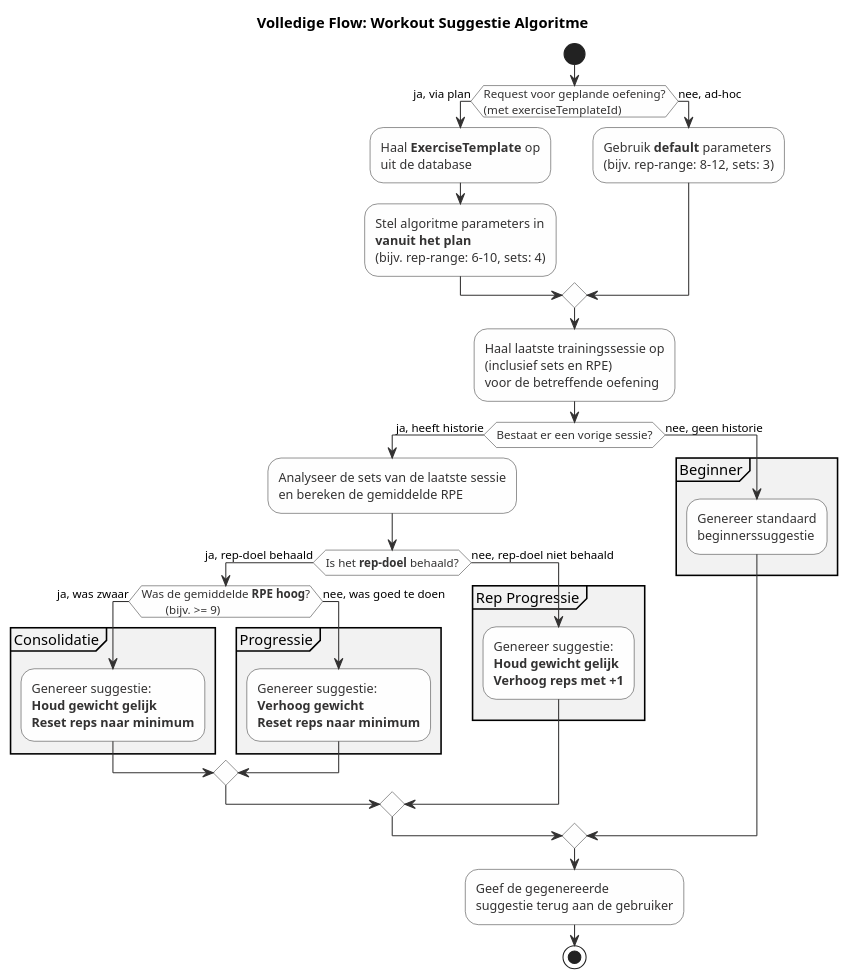
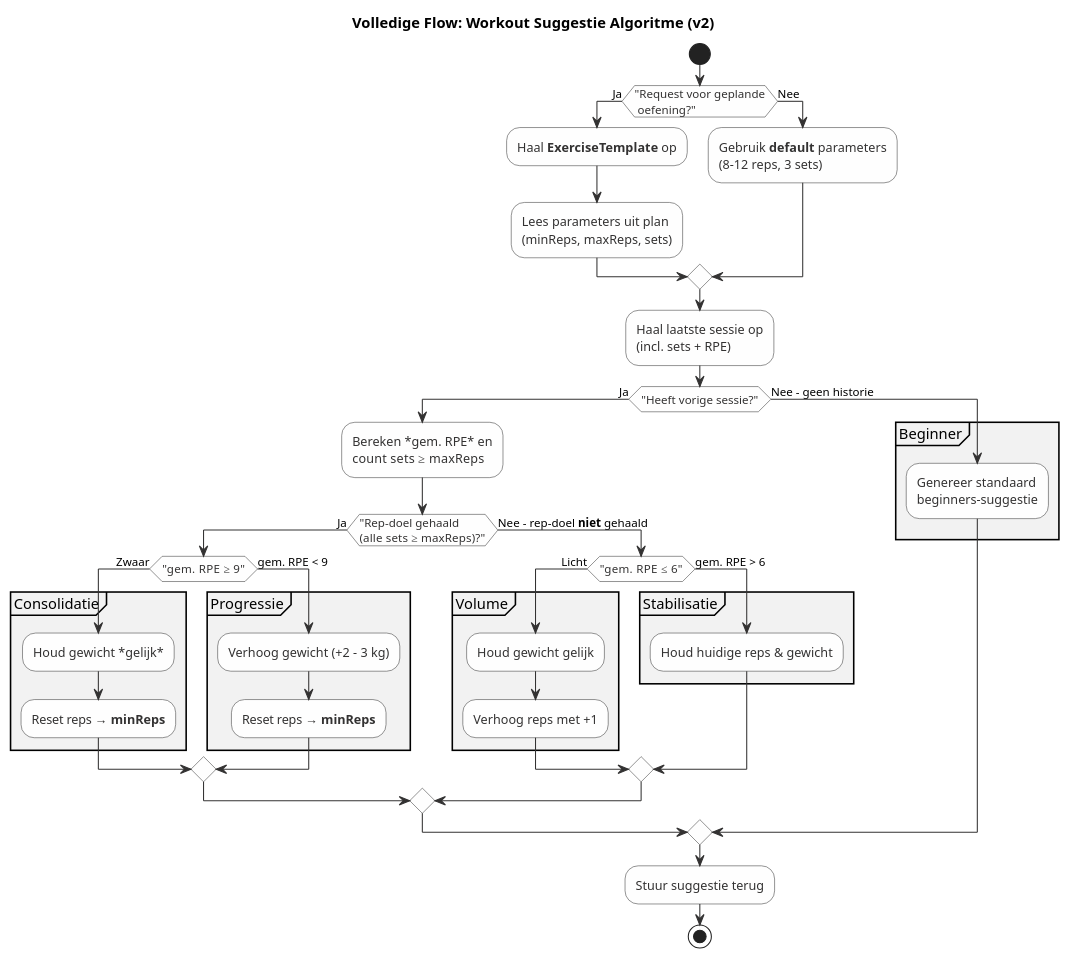
The diagram in src/main/java/rp/fitkit/api/service/doubleProgessionSuggestion.puml (rikp777/rp.fitkit.api), drawn with PlantUML before and after one commit. The commit also changed 42 other files, not shown here.

```diff
--- a/src/main/java/rp/fitkit/api/service/doubleProgessionSuggestion.puml
+++ b/src/main/java/rp/fitkit/api/service/doubleProgessionSuggestion.puml
@@ -1,72 +1,70 @@
 @startuml
-' Stijl-instellingen voor betere leesbaarheid
+' ──────────────────────────────
+'   Stijl – identiek aan je oude
+' ──────────────────────────────
 skinparam activity {
     BackgroundColor #FEFEFE
-    BorderColor #333232
-    ArrowColor #333232
-    FontColor #333232
+    BorderColor     #333232
+    ArrowColor      #333232
+    FontColor       #333232
 }
 skinparam partition {
     BackgroundColor #F2F2F2
 }
 
-title Volledige Flow: Workout Suggestie Algoritme
+title Volledige Flow: Workout Suggestie Algoritme (v2)
 
 start
 
-if (Request voor geplande oefening?
-(met exerciseTemplateId)) then (ja, via plan)
-    :Haal **ExerciseTemplate** op
-    uit de database;
-    :Stel algoritme parameters in
-    **vanuit het plan**
-    (bijv. rep-range: 6-10, sets: 4);
-else (nee, ad-hoc)
-    :Gebruik **default** parameters
-    (bijv. rep-range: 8-12, sets: 3);
+' ────────── 1. Plan of ad-hoc? ──────────
+if ("Request voor geplande\n oefening?") then (Ja)
+    :Haal **ExerciseTemplate** op;
+    :Lees parameters uit plan\n(minReps, maxReps, sets);
+else (Nee)
+    :Gebruik **default** parameters\n(8–12 reps, 3 sets);
 endif
 
-' Beide paden komen hier samen
-:Haal laatste trainingssessie op
-(inclusief sets en RPE)
-voor de betreffende oefening;
+' ────────── 2. Historie ophalen ──────────
+:Haal laatste sessie op\n(incl. sets + RPE);
 
-if (Bestaat er een vorige sessie?) then (ja, heeft historie)
-    :Analyseer de sets van de laatste sessie
-    en bereken de gemiddelde RPE;
+if ("Heeft vorige sessie?") then (Ja)
+    :Bereken *gem. RPE* en\ncount sets ≥ maxReps;
 
-    if (Is het **rep-doel** behaald?) then (ja, rep-doel behaald)
-        if (Was de gemiddelde **RPE hoog**?
-        (bijv. >= 9)) then (ja, was zwaar)
+    ' ── 2a. Rep-doel gehaald? ──
+    if ("Rep-doel gehaald\n(alle sets ≥ maxReps)?") then (Ja)
+        ' ─── 2a-i. Zwaar of te doen? ───
+        if ("gem. RPE ≥ 9") then (Zwaar)
             partition Consolidatie {
-                :Genereer suggestie:
-                **Houd gewicht gelijk**
-                **Reset reps naar minimum**;
+                :Houd gewicht *gelijk*;
+                :Reset reps → **minReps**;
             }
-        else (nee, was goed te doen)
+        else (gem. RPE < 9)
             partition Progressie {
-                :Genereer suggestie:
-                **Verhoog gewicht**
-                **Reset reps naar minimum**;
+                :Verhoog gewicht (+2 – 3 kg);
+                :Reset reps → **minReps**;
             }
         endif
-    else (nee, rep-doel niet behaald)
-        partition Rep Progressie {
-            :Genereer suggestie:
-            **Houd gewicht gelijk**
-            **Verhoog reps met +1**;
-        }
+
+    else (Nee – rep-doel **niet** gehaald)
+        ' ─── 2b-i. Licht of normaal/zwaar? ───
+        if ("gem. RPE ≤ 6") then (Licht)
+            partition Volume {
+                :Houd gewicht gelijk;
+                :Verhoog reps met +1;
+            }
+        else (gem. RPE > 6)
+            partition Stabilisatie {
+                :Houd huidige reps & gewicht;
+            }
+        endif
     endif
-else (nee, geen historie)
+
+else (Nee – geen historie)
     partition Beginner {
-        :Genereer standaard
-        beginnerssuggestie;
+        :Genereer standaard\nbeginners-suggestie;
     }
 endif
 
-:Geef de gegenereerde
-suggestie terug aan de gebruiker;
-
+:Stuur suggestie terug;
 stop
-
 @enduml
```
